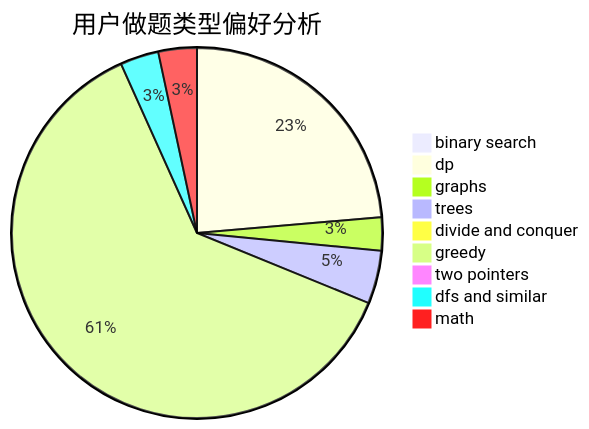
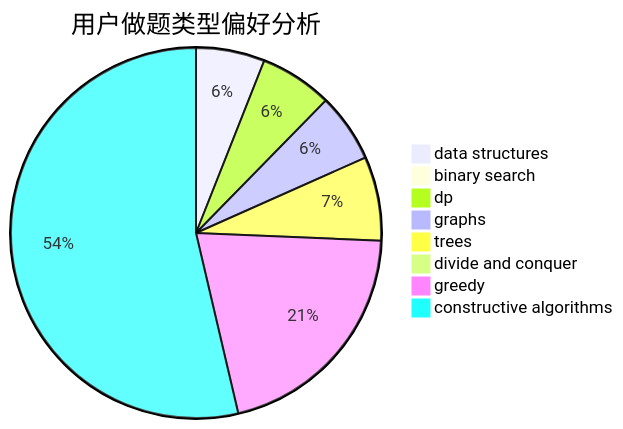
Before and after one commit to sherpahu/cfrs.github.io: the second of 3 diagrams in docs/user/u1251.md, drawn with Mermaid. The commit also changed other lines of this file and 2775 other files, not shown here.

````diff
--- a/docs/user/u1251.md
+++ b/docs/user/u1251.md
@@ -23,12 +23,11 @@
 ```mermaid
 pie title 用户做题类型偏好分析
-    "binary search" :  3
-    "dp" :  204
-    "graphs" :  25
-    "trees" :  40
-    "divide and conquer" :  6
-    "greedy" :  536
-    "two pointers" :  0
-    "dfs and similar" :  29
-    "math" :  29
+    "data structures" :  18
+    "binary search" :  0
+    "dp" :  19
+    "graphs" :  18
+    "trees" :  22
+    "divide and conquer" :  0
+    "greedy" :  62
+    "constructive algorithms" :  161
 ```
````
